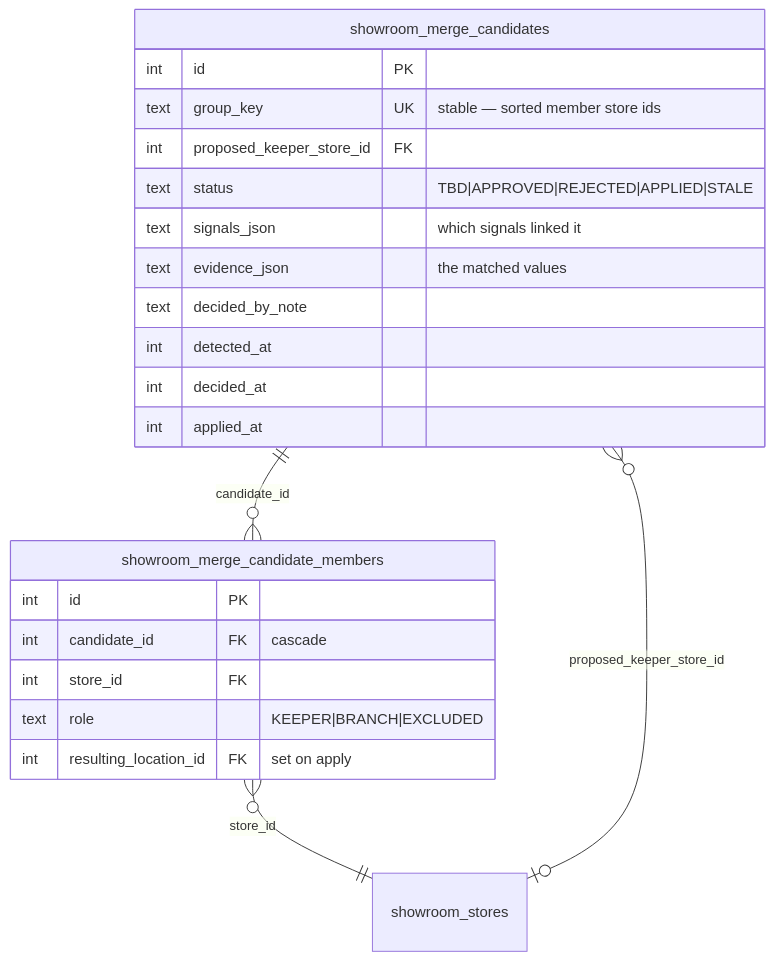
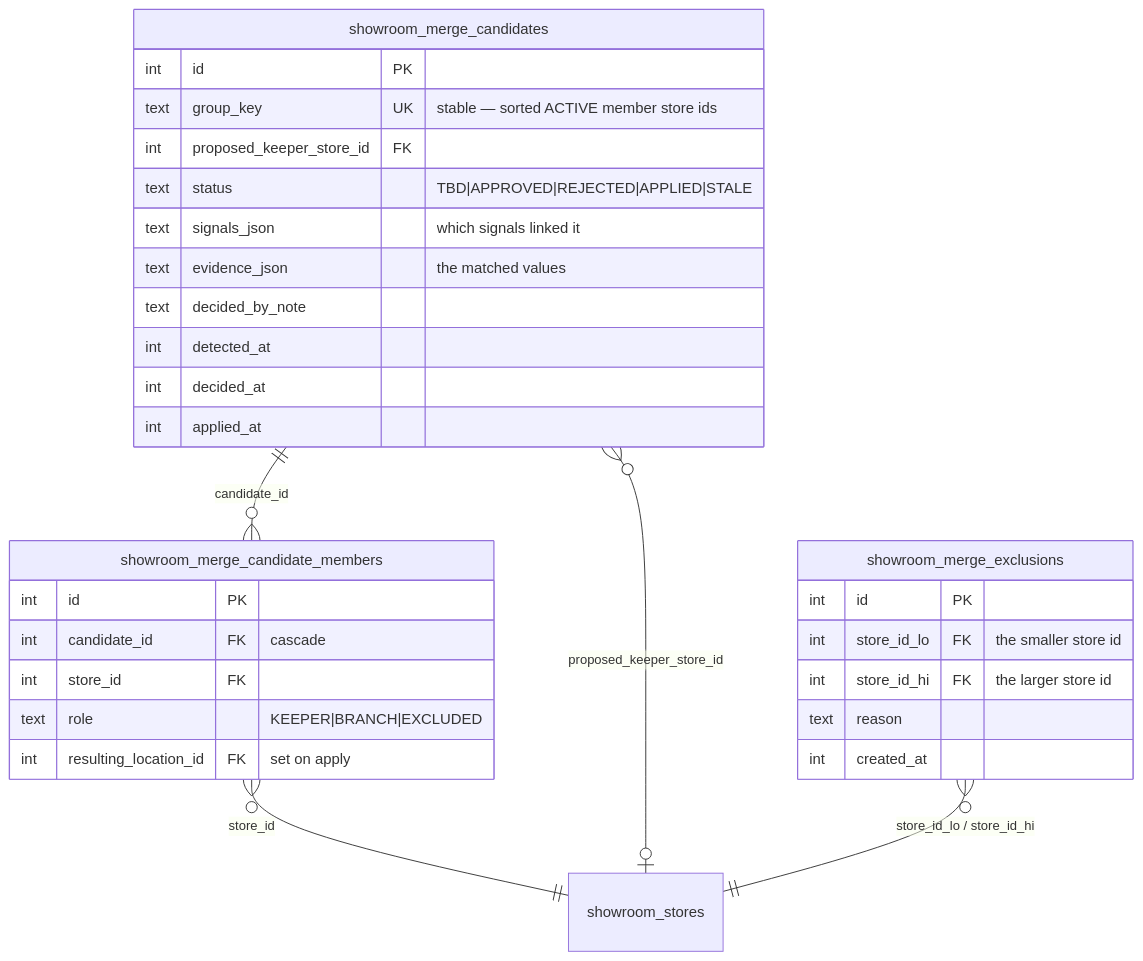
The second of 5 diagrams in docs/0047_showroom_branch_collapse/IMPLEMENTATION_PLAN.md (jmbish04/core-remodel), drawn with Mermaid before and after one commit. The commit also changed other lines of this file and 5 other files, not shown here.

````diff
--- a/docs/0047_showroom_branch_collapse/IMPLEMENTATION_PLAN.md
+++ b/docs/0047_showroom_branch_collapse/IMPLEMENTATION_PLAN.md
@@ -71,26 +71,34 @@
 ```mermaid
 erDiagram
     showroom_merge_candidates ||--o{ showroom_merge_candidate_members : "candidate_id"
     showroom_merge_candidate_members }o--|| showroom_stores : "store_id"
     showroom_merge_candidates }o--o| showroom_stores : "proposed_keeper_store_id"
+    showroom_merge_exclusions }o--|| showroom_stores : "store_id_lo / store_id_hi"
 
     showroom_merge_candidates {
         int id PK
-        text group_key UK "stable — sorted member store ids"
+        text group_key UK "stable — sorted ACTIVE member store ids"
         int proposed_keeper_store_id FK
         text status "TBD|APPROVED|REJECTED|APPLIED|STALE"
         text signals_json "which signals linked it"
         text evidence_json "the matched values"
         text decided_by_note
         int detected_at
         int decided_at
         int applied_at
     }
     showroom_merge_candidate_members {
         int id PK
         int candidate_id FK "cascade"
         int store_id FK
         text role "KEEPER|BRANCH|EXCLUDED"
         int resulting_location_id FK "set on apply"
     }
+    showroom_merge_exclusions {
+        int id PK
+        int store_id_lo FK "the smaller store id"
+        int store_id_hi FK "the larger store id"
+        text reason
+        int created_at
+    }
 ```
````
